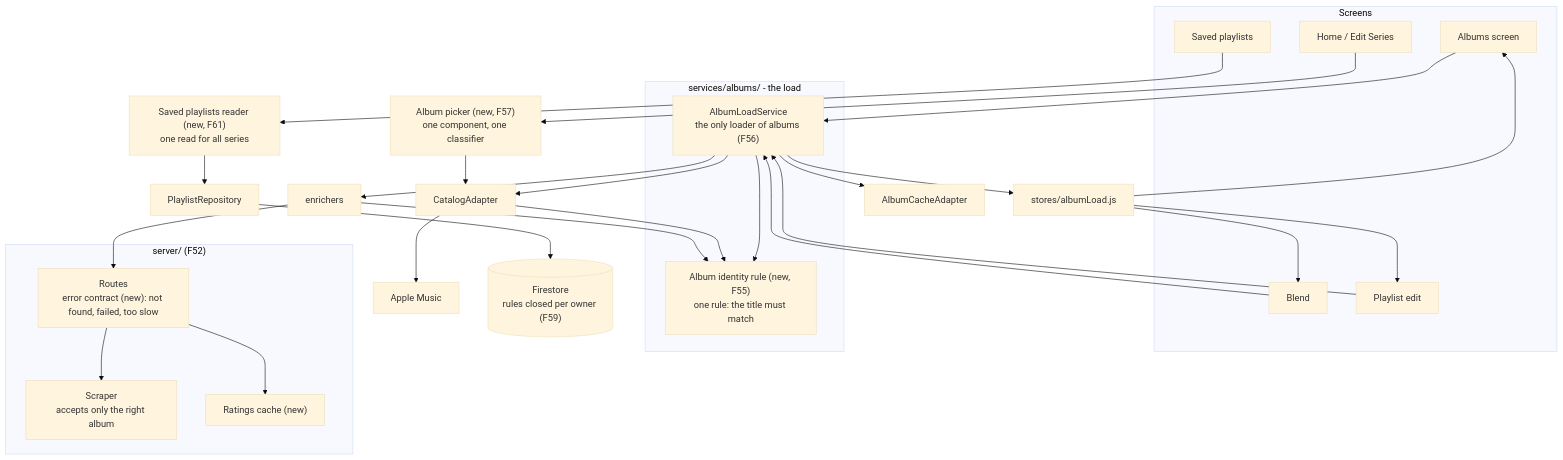
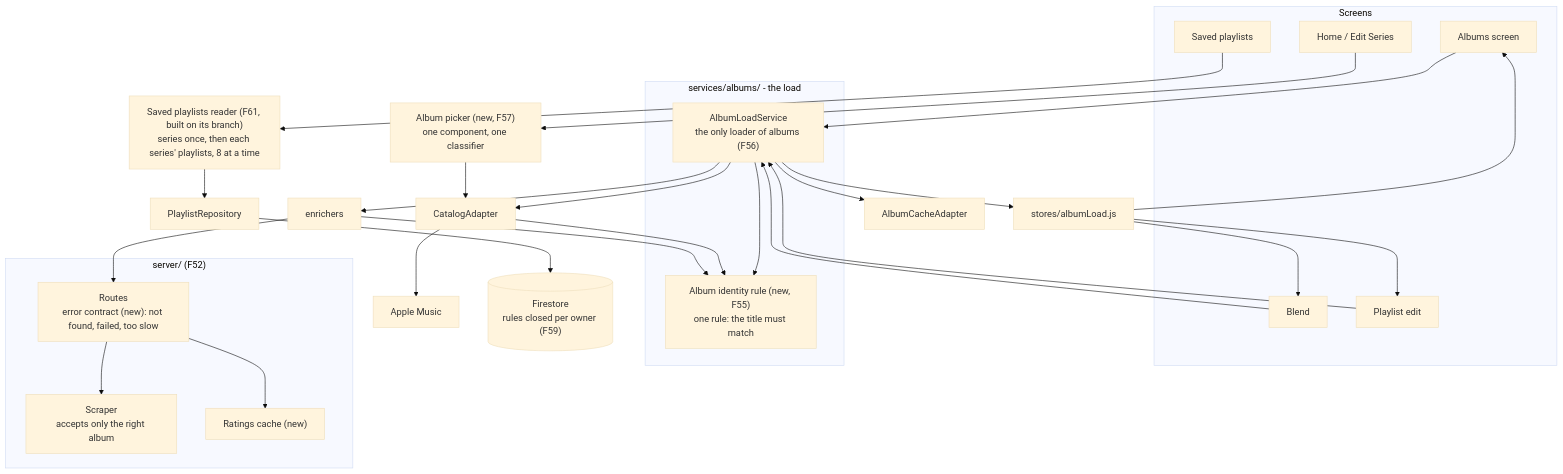
Before and after one commit to maujrp99/MJRP_AlbumsBalancedPlaylists_v0: the seventh of 7 diagrams in docs/manual/01_System_Architecture.md, drawn with Mermaid (base theme). The commit also changed other lines of this file and 16 other files, not shown here.

First line of the commit message:
docs(F61): spec, plan, tasks, arch, behavior and manual for the saved playlists read

````diff
--- a/docs/manual/01_System_Architecture.md
+++ b/docs/manual/01_System_Architecture.md
@@ -330,47 +330,47 @@
 ```mermaid
 flowchart TB
     subgraph Screens
         A["Albums screen"]
         B["Blend"]
         E["Playlist edit"]
         H["Saved playlists"]
         HM["Home / Edit Series"]
     end
 
     A --> ALS
     B --> ALS
     E --> ALS
-    H --> SPR["Saved playlists reader (new, F61)<br>one read for all series"]
+    H --> SPR["Saved playlists reader (F61, built on its branch)<br>series once, then each series' playlists, 8 at a time"]
     HM --> PK["Album picker (new, F57)<br>one component, one classifier"]
 
     subgraph Load["services/albums/ - the load"]
         ALS["AlbumLoadService<br>the only loader of albums (F56)"]
         ID["Album identity rule (new, F55)<br>one rule: the title must match"]
         ALS --> ID
     end
 
     ALS --> CA["CatalogAdapter"]
     ALS --> EN["enrichers"]
     ALS --> KA["AlbumCacheAdapter"]
     CA --> ID
     EN --> ID
     PK --> CA
 
     CA --> MK["Apple Music"]
     EN --> SRV
 
     subgraph Server["server/ (F52)"]
         SRV["Routes<br>error contract (new): not found, failed, too slow"]
         SCR["Scraper<br>accepts only the right album"]
         RC["Ratings cache (new)"]
         SRV --> SCR
         SRV --> RC
     end
 
     SPR --> PR["PlaylistRepository"]
     PR --> FS[("Firestore<br>rules closed per owner (F59)")]
     ALS --> LS["stores/albumLoad.js"]
     LS --> A
     LS --> B
     LS --> E
 ```
````
